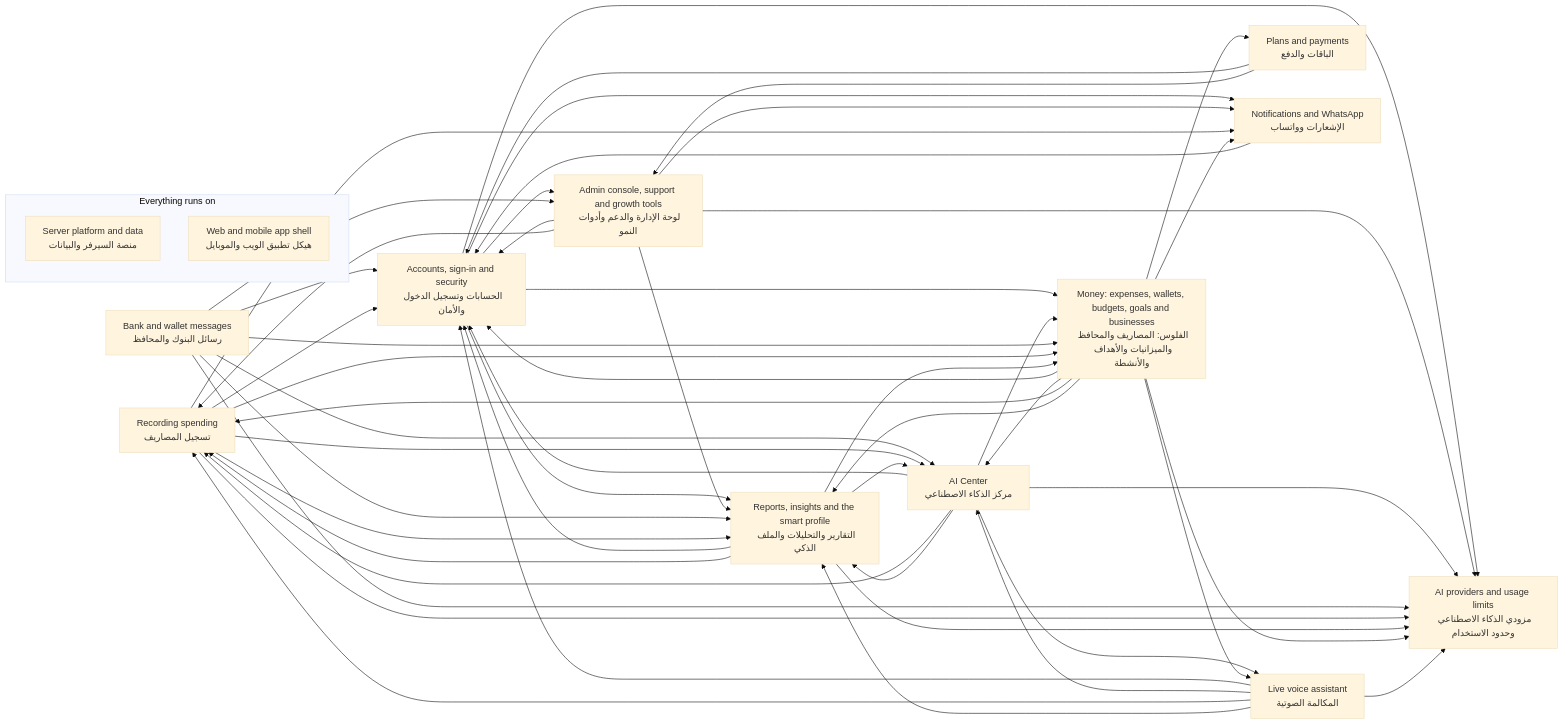
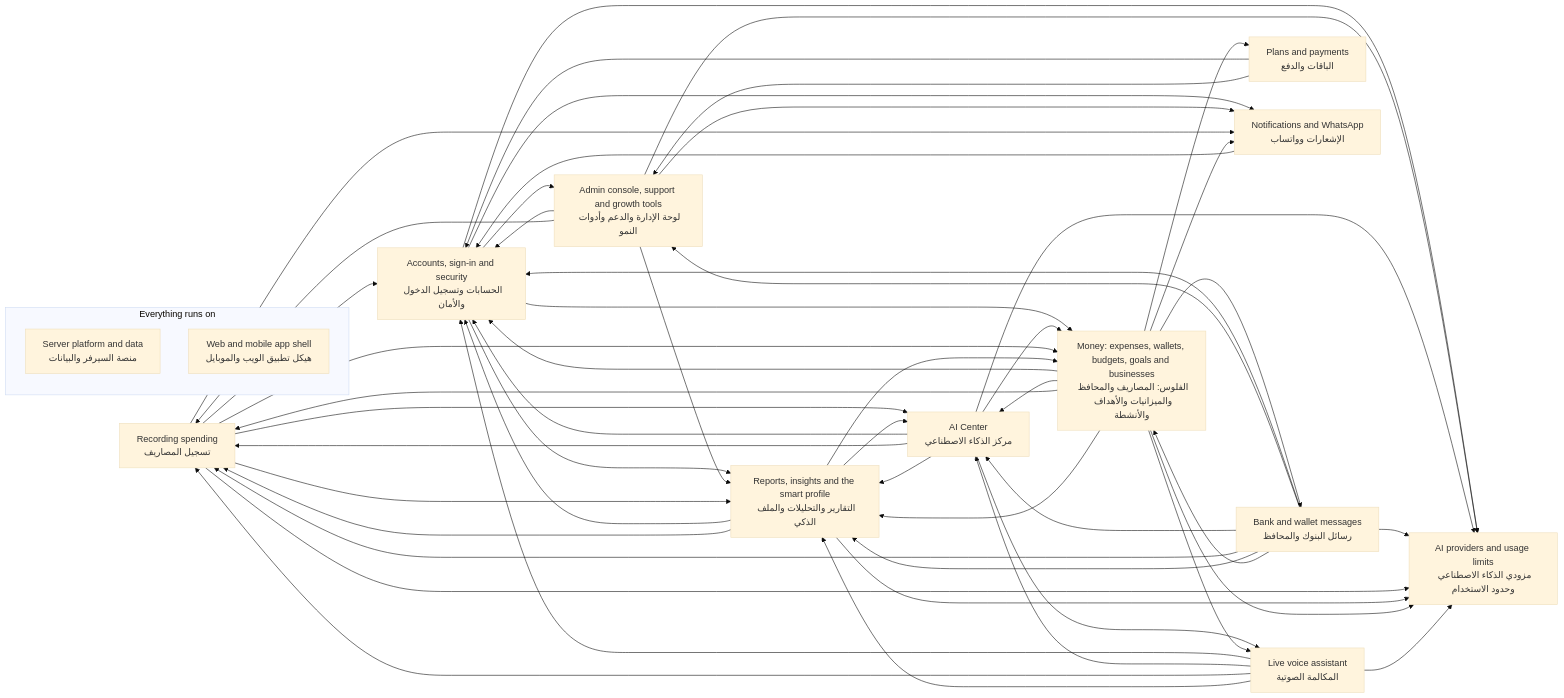
The diagram in docs/atlas/systems/README.md (mahmoudtaherr111/smartspend_mini_all), drawn with Mermaid (base theme) before and after one commit. The commit also changed other lines of this file and 36 other files, not shown here.

First line of the commit message:
feat(bank-messages): messages over the monthly limit wait as suggestions instead of being lost

````diff
--- a/docs/atlas/systems/README.md
+++ b/docs/atlas/systems/README.md
@@ -15,67 +15,69 @@
 ```mermaid
 flowchart LR
   sys_expense_capture["Recording spending<br/>تسجيل المصاريف"]
   sys_bank_messages["Bank and wallet messages<br/>رسائل البنوك والمحافظ"]
   sys_voice_calls["Live voice assistant<br/>المكالمة الصوتية"]
   sys_ai_center["AI Center<br/>مركز الذكاء الاصطناعي"]
   sys_insights["Reports, insights and the smart profile<br/>التقارير والتحليلات والملف الذكي"]
   sys_money["Money: expenses, wallets, budgets, goals and businesses<br/>الفلوس: المصاريف والمحافظ والميزانيات والأهداف والأنشطة"]
   sys_accounts["Accounts, sign-in and security<br/>الحسابات وتسجيل الدخول والأمان"]
   sys_billing["Plans and payments<br/>الباقات والدفع"]
   sys_notifications["Notifications and WhatsApp<br/>الإشعارات وواتساب"]
   sys_admin["Admin console, support and growth tools<br/>لوحة الإدارة والدعم وأدوات النمو"]
   sys_ai_platform["AI providers and usage limits<br/>مزودي الذكاء الاصطناعي وحدود الاستخدام"]
   subgraph g_foundation["Everything runs on"]
     sys_platform["Server platform and data<br/>منصة السيرفر والبيانات"]
     sys_web_app["Web and mobile app shell<br/>هيكل تطبيق الويب والموبايل"]
   end
   sys_accounts --> sys_admin
   sys_accounts --> sys_ai_platform
   sys_accounts --> sys_insights
   sys_accounts --> sys_money
   sys_accounts --> sys_notifications
   sys_admin --> sys_accounts
   sys_admin --> sys_ai_platform
   sys_admin --> sys_expense_capture
   sys_admin --> sys_insights
   sys_admin --> sys_notifications
   sys_ai_center --> sys_accounts
   sys_ai_center --> sys_ai_platform
   sys_ai_center --> sys_expense_capture
   sys_ai_center --> sys_insights
   sys_ai_center --> sys_money
   sys_ai_center --> sys_voice_calls
   sys_bank_messages --> sys_accounts
   sys_bank_messages --> sys_admin
   sys_bank_messages --> sys_ai_center
   sys_bank_messages --> sys_ai_platform
+  sys_bank_messages --> sys_expense_capture
   sys_bank_messages --> sys_insights
   sys_bank_messages --> sys_money
   sys_billing --> sys_accounts
   sys_billing --> sys_admin
   sys_expense_capture --> sys_accounts
   sys_expense_capture --> sys_ai_center
   sys_expense_capture --> sys_ai_platform
   sys_expense_capture --> sys_insights
   sys_expense_capture --> sys_money
   sys_expense_capture --> sys_notifications
   sys_insights --> sys_accounts
   sys_insights --> sys_ai_center
   sys_insights --> sys_ai_platform
   sys_insights --> sys_expense_capture
   sys_insights --> sys_money
   sys_money --> sys_accounts
   sys_money --> sys_ai_center
   sys_money --> sys_ai_platform
+  sys_money --> sys_bank_messages
   sys_money --> sys_billing
   sys_money --> sys_expense_capture
   sys_money --> sys_insights
   sys_money --> sys_notifications
   sys_money --> sys_voice_calls
   sys_notifications --> sys_accounts
   sys_voice_calls --> sys_accounts
   sys_voice_calls --> sys_ai_center
   sys_voice_calls --> sys_ai_platform
   sys_voice_calls --> sys_expense_capture
   sys_voice_calls --> sys_insights
 ```
````
